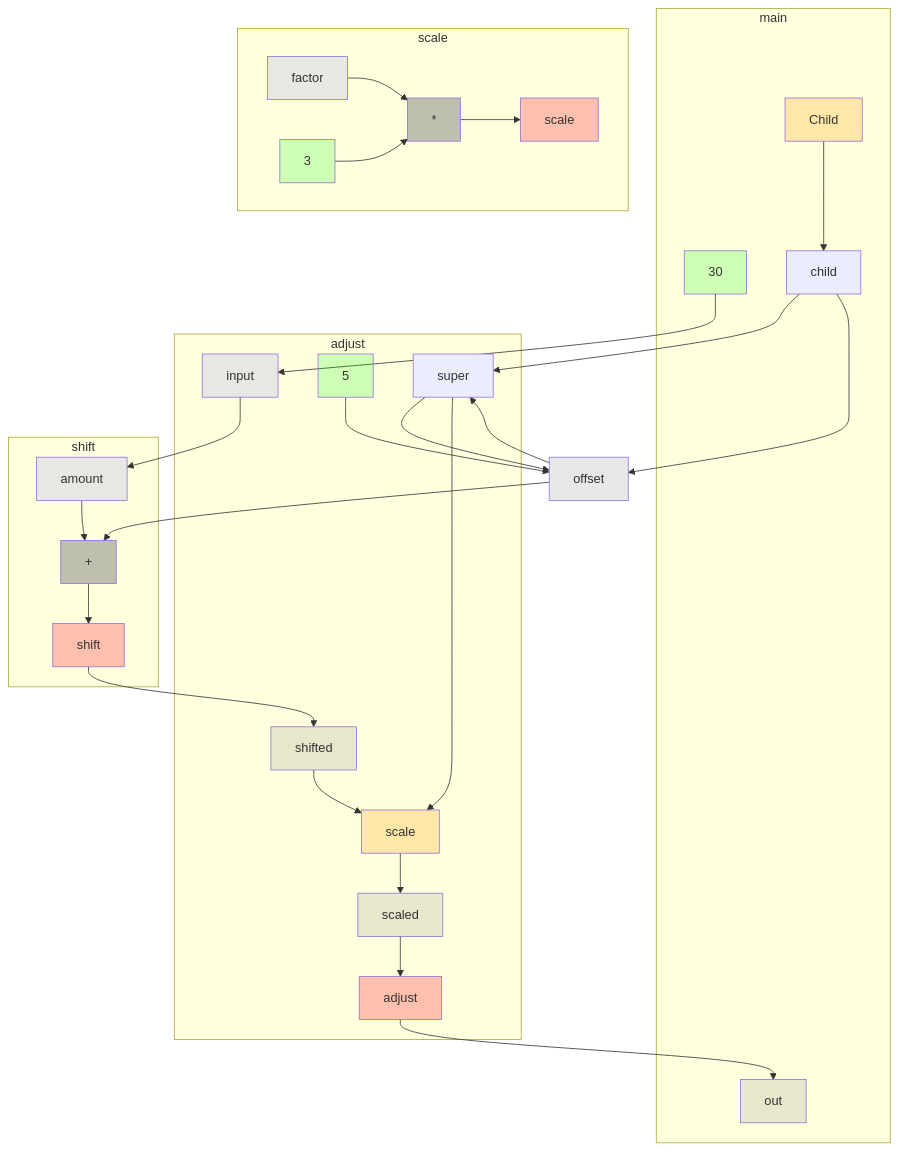
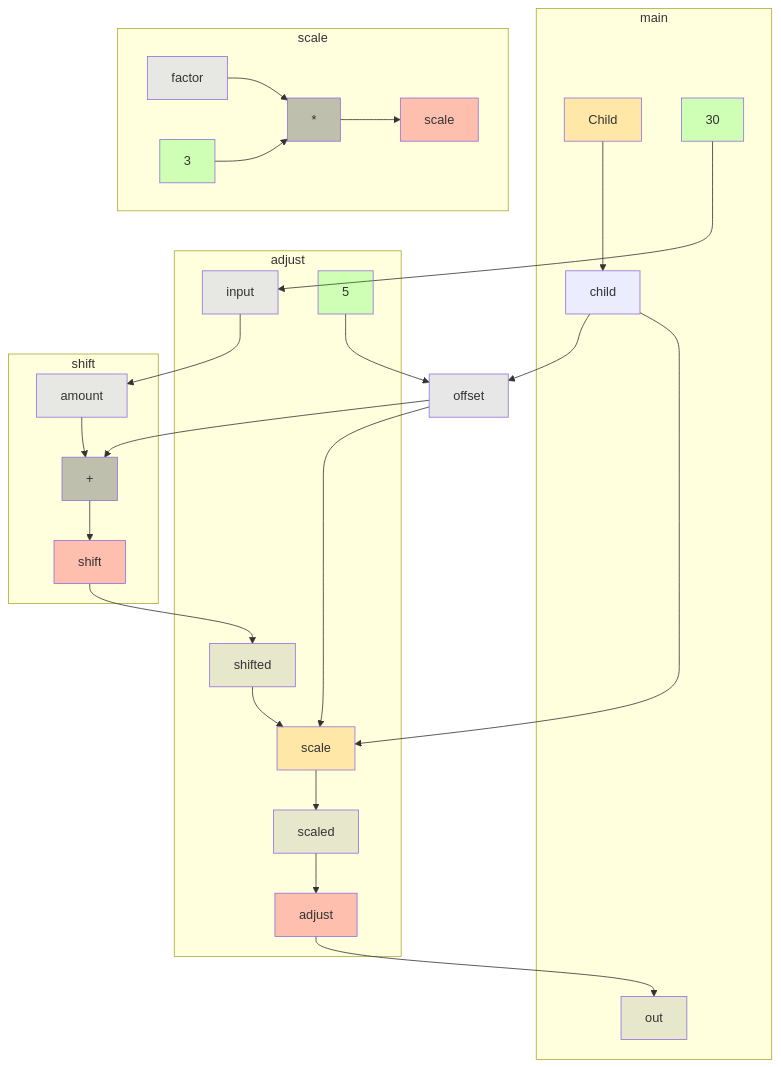
Before and after one commit to gstiebler/codeflow: the diagram in app/src/test/resources/parentMethod/spike-truth.md, drawn with Mermaid. The commit also changed 46 other files, not shown here.

````diff
--- a/app/src/test/resources/parentMethod/spike-truth.md
+++ b/app/src/test/resources/parentMethod/spike-truth.md
@@ -3,57 +3,54 @@
 ```mermaid
 flowchart TD
   subgraph m0["main"]
     n0["Child"]:::EXTERNAL
     n1["30"]:::LITERAL
     n2["child"]:::OBJ_VARIABLE
     n3["out"]:::VARIABLE
   end
   subgraph m1["adjust"]
     n4["scale"]:::EXTERNAL
     n5["input"]:::FUNC_PARAM
     n6["5"]:::LITERAL
     n7["adjust"]:::RETURN
     n8["scaled"]:::VARIABLE
     n9["shifted"]:::VARIABLE
-    n10["super"]:::OBJ_VARIABLE
   end
   subgraph m2["scale"]
-    n11["*"]:::BIN_OP
-    n12["factor"]:::FUNC_PARAM
-    n13["3"]:::LITERAL
-    n14["scale"]:::RETURN
+    n10["*"]:::BIN_OP
+    n11["factor"]:::FUNC_PARAM
+    n12["3"]:::LITERAL
+    n13["scale"]:::RETURN
   end
   subgraph m3["shift"]
-    n15["+"]:::BIN_OP
-    n16["amount"]:::FUNC_PARAM
-    n17["shift"]:::RETURN
+    n14["+"]:::BIN_OP
+    n15["amount"]:::FUNC_PARAM
+    n16["shift"]:::RETURN
   end
-  n18["offset"]:::VARIABLE
+  n17["offset"]:::VARIABLE
   n0 --> n2
   n1 --> n5
-  n10 --> n18
-  n10 --> n4
-  n11 --> n14
-  n12 --> n11
-  n13 --> n11
-  n15 --> n17
-  n16 --> n15
-  n17 --> n9
-  n18 --> n10
-  n18 --> n15
-  n2 --> n10
-  n2 --> n18
+  n10 --> n13
+  n11 --> n10
+  n12 --> n10
+  n14 --> n16
+  n15 --> n14
+  n16 --> n9
+  n17 --> n14
+  n17 --> n4
+  n2 --> n17
+  n2 --> n4
   n4 --> n8
-  n5 --> n16
-  n6 --> n18
+  n5 --> n15
+  n6 --> n17
   n7 --> n3
   n8 --> n7
   n9 --> n4
   classDef LITERAL fill:#00FF0030
   classDef VARIABLE fill:#80808030
   classDef BIN_OP fill:#80808080
   classDef FUNC_PARAM fill:#8080FF30
   classDef RETURN fill:#FF808080
   classDef EXTERNAL fill:#FFA50040
   classDef UNMODELLED fill:#FF000030,stroke-dasharray: 4 2
 ```
````
